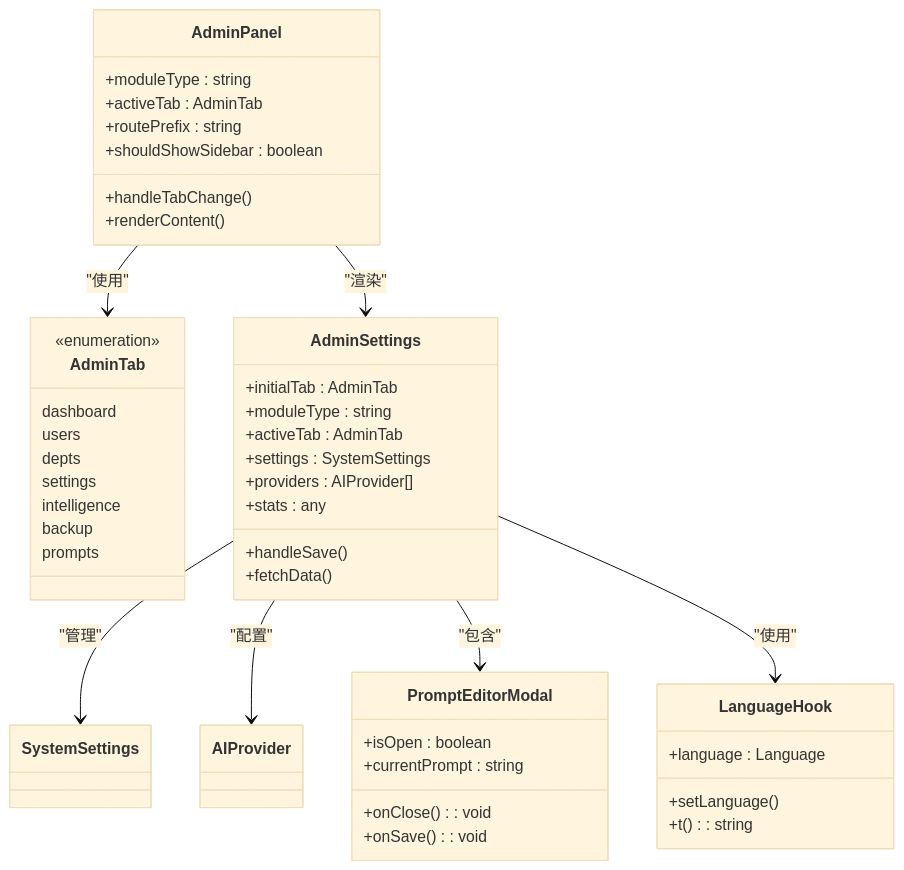
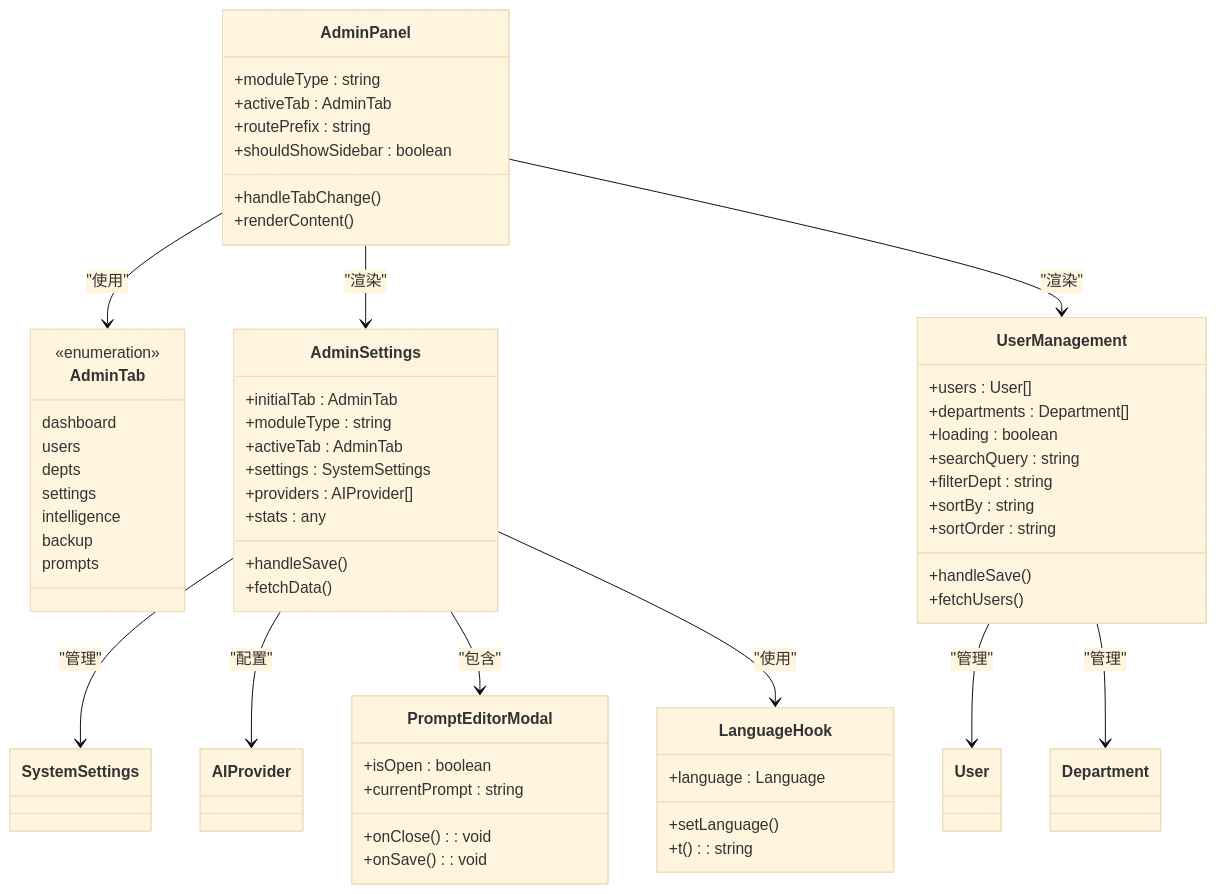
One commit to CubeEdge/Longhorn changed the third of 17 diagrams in .qoder/repowiki/zh/content/Admin Settings Component.md. Above: the diagram before and after it, drawn with Mermaid (base theme). The commit also changed other lines of this file and 53 other files, not shown here.

````diff
--- a/.qoder/repowiki/zh/content/Admin Settings Component.md
+++ b/.qoder/repowiki/zh/content/Admin Settings Component.md
@@ -210,48 +314,62 @@
 ```mermaid
 classDiagram
 class AdminPanel {
 +moduleType : string
 +activeTab : AdminTab
 +routePrefix : string
 +handleTabChange()
 +renderContent()
 +shouldShowSidebar : boolean
 }
 class AdminTab {
 <<enumeration>>
 dashboard
 users
 depts
 settings
 intelligence
 backup
 prompts
 }
 class AdminSettings {
 +initialTab : AdminTab
 +moduleType : string
 +activeTab : AdminTab
 +settings : SystemSettings
 +providers : AIProvider[]
 +stats : any
 +handleSave()
 +fetchData()
 }
+class UserManagement {
++users : User[]
++departments : Department[]
++loading : boolean
++searchQuery : string
++filterDept : string
++sortBy : string
++sortOrder : string
++handleSave()
++fetchUsers()
+}
 class PromptEditorModal {
 +isOpen : boolean
 +currentPrompt : string
 +onClose() : void
 +onSave() : void
 }
 class LanguageHook {
 +language : Language
 +setLanguage()
 +t() : string
 }
 AdminPanel --> AdminSettings : "渲染"
+AdminPanel --> UserManagement : "渲染"
 AdminPanel --> AdminTab : "使用"
 AdminSettings --> SystemSettings : "管理"
 AdminSettings --> AIProvider : "配置"
 AdminSettings --> PromptEditorModal : "包含"
 AdminSettings --> LanguageHook : "使用"
+UserManagement --> User : "管理"
+UserManagement --> Department : "管理"
 ```
````
